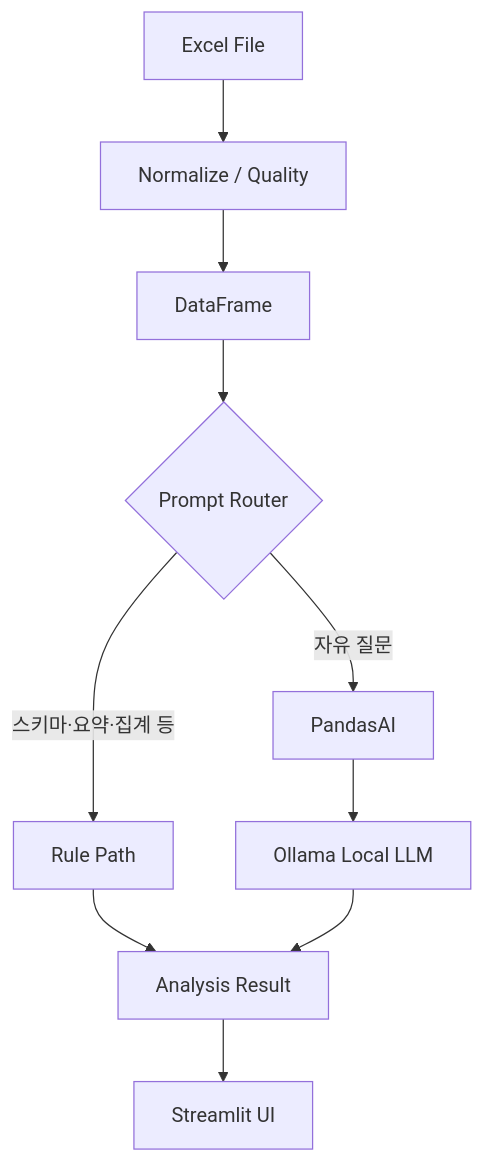
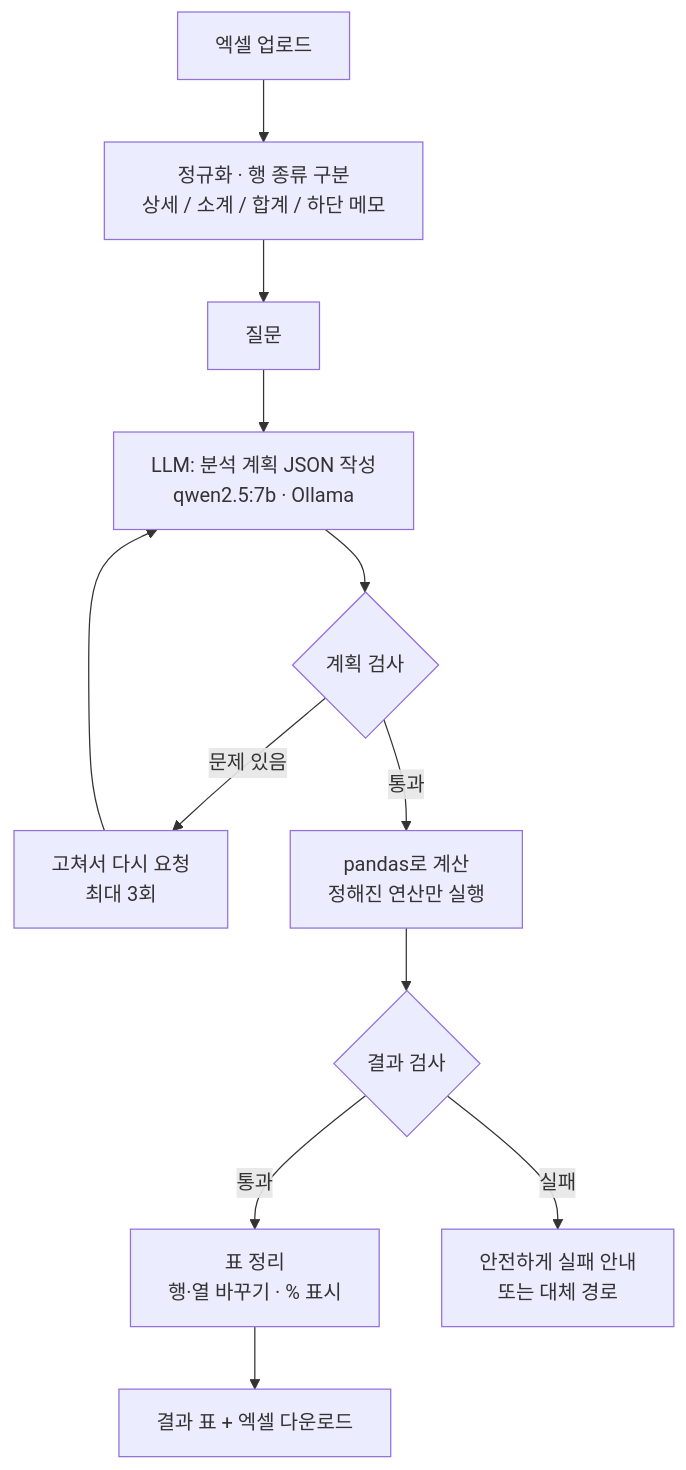
Before and after one commit to Jihei-Boun/excel_ai_analyzer: the diagram in README.md, drawn with Mermaid. The commit also changed other lines of this file, not shown here.

First line of the commit message:
docs: rewrite README around the plan-and-execute analysis flow

````diff
--- a/README.md
+++ b/README.md
@@ -57,12 +49,14 @@
 ```mermaid
 flowchart TD
-    A[Excel File] --> B[Normalize / Quality]
-    B --> C[DataFrame]
-    C --> D{Prompt Router}
-    D -->|스키마·요약·집계 등| E[Rule Path]
-    D -->|자유 질문| F[PandasAI]
-    F --> G[Ollama Local LLM]
-    E --> H[Analysis Result]
-    G --> H
-    H --> I[Streamlit UI]
+    A[엑셀 업로드] --> B[정규화 · 행 종류 구분<br/>상세 / 소계 / 합계 / 하단 메모]
+    B --> C[질문]
+    C --> D[LLM: 분석 계획 JSON 작성<br/>qwen2.5:7b · Ollama]
+    D --> E{계획 검사}
+    E -->|문제 있음| F[고쳐서 다시 요청<br/>최대 3회]
+    F --> D
+    E -->|통과| G[pandas로 계산<br/>정해진 연산만 실행]
+    G --> H{결과 검사}
+    H -->|통과| I[표 정리<br/>행·열 바꾸기 · % 표시]
+    I --> J[결과 표 + 엑셀 다운로드]
+    H -->|실패| K[안전하게 실패 안내<br/>또는 대체 경로]
 ```
````
